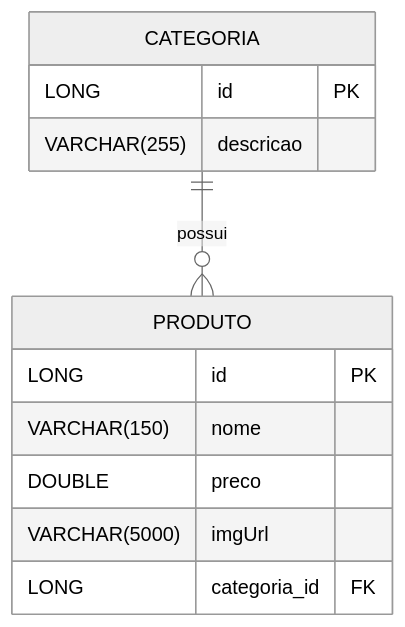
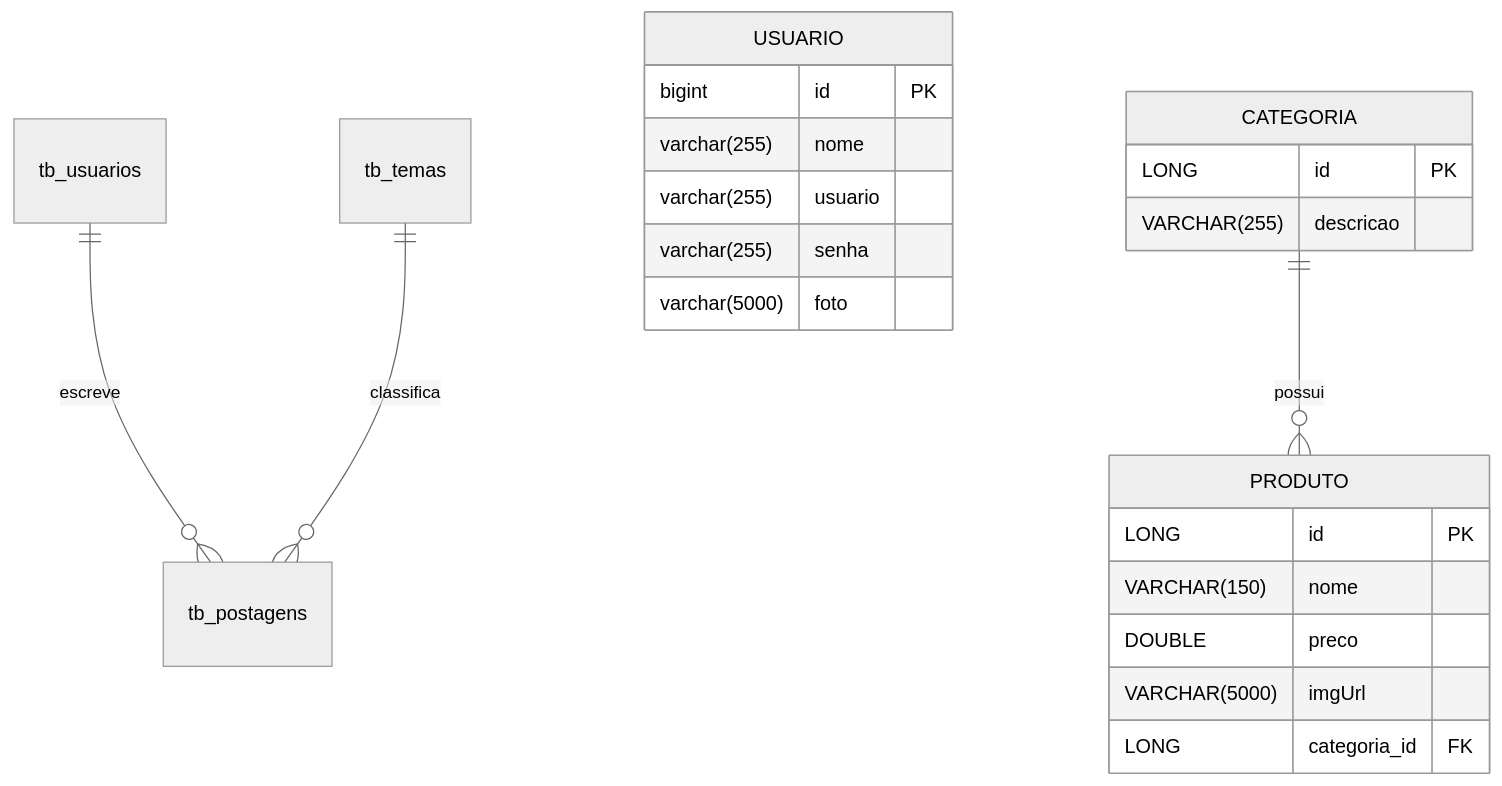
One commit to renatangr/projeto_final_bloco_02 changed the second of 2 diagrams in README.md. Above: the diagram before and after it, drawn with Mermaid (neutral theme). The commit also changed other lines of this file, not shown here.

````diff
--- a/README.md
+++ b/README.md
@@ -87,16 +98,26 @@
 ```mermaid
 erDiagram
+    tb_usuarios ||--o{ tb_postagens : escreve
+    tb_temas ||--o{ tb_postagens : classifica
+
+    USUARIO {
+        bigint id PK
+        varchar(255) nome
+        varchar(255) usuario
+        varchar(255) senha
+        varchar(5000) foto
+    }
     CATEGORIA {
         LONG id PK
         VARCHAR(255) descricao
     }
     PRODUTO {
         LONG id PK
         VARCHAR(150) nome
         DOUBLE preco
         VARCHAR(5000) imgUrl
         LONG categoria_id FK
     }
 
     CATEGORIA ||--o{ PRODUTO : possui
 ```
````
